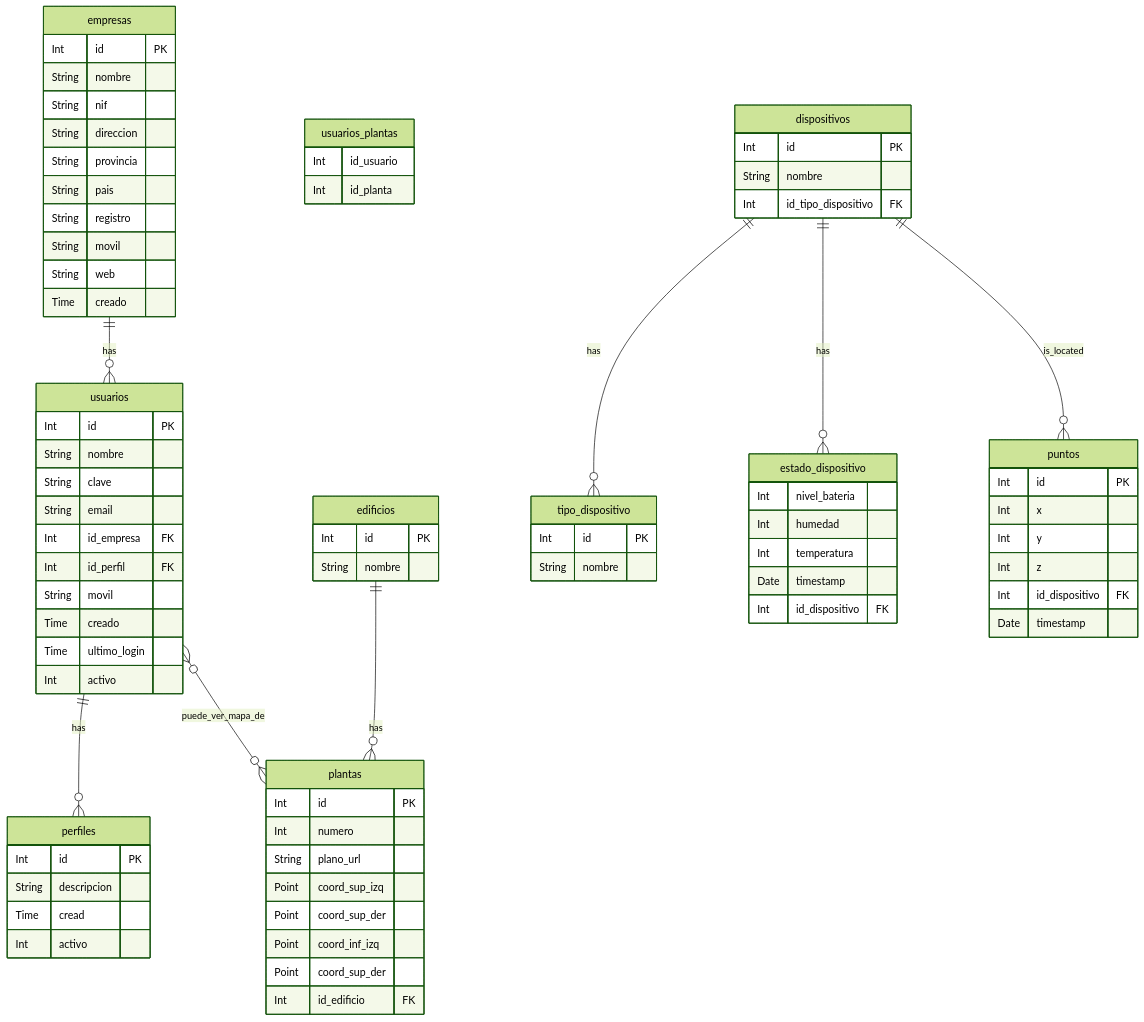
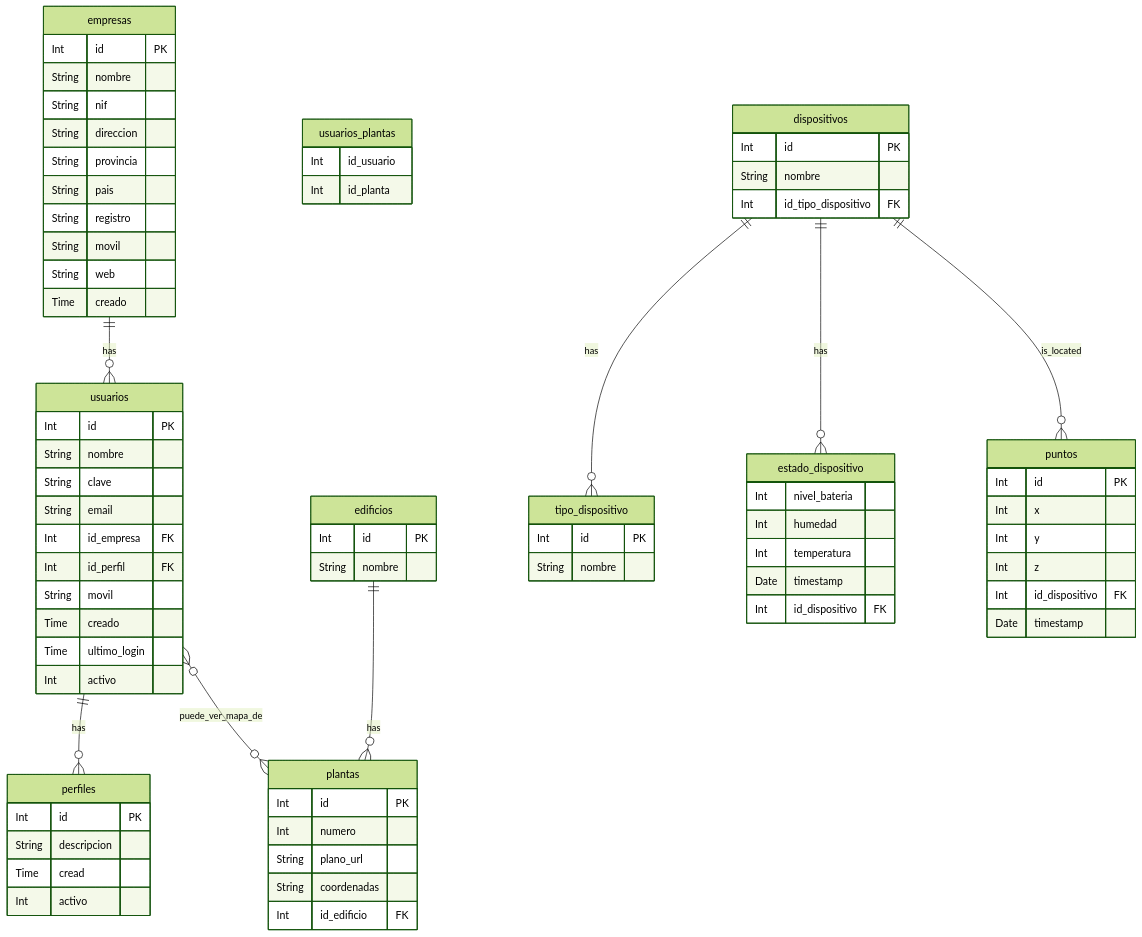
The diagram in ER.md (NicasioSirvent/siloin_base), drawn with Mermaid (forest theme) before and after one commit. The commit also changed 1 other file, not shown here.

Commit message:
actualizacion modelos

```diff
--- a/ER.md
+++ b/ER.md
@@ -52,10 +52,7 @@
         Int id PK
         Int numero
         String plano_url
-        Point coord_sup_izq
-        Point coord_sup_der
-        Point coord_inf_izq
-        Point coord_sup_der 
+        String coordenadas
         Int id_edificio FK
     }
     edificios ||--o{ plantas : has
```
